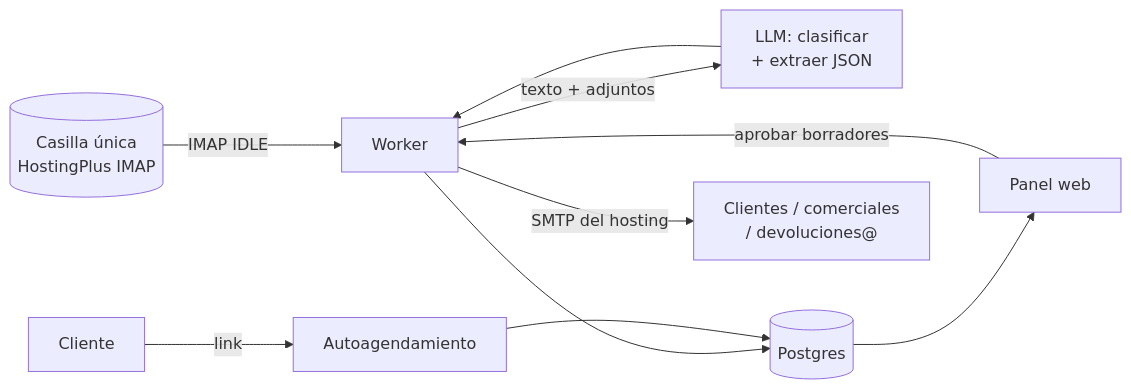
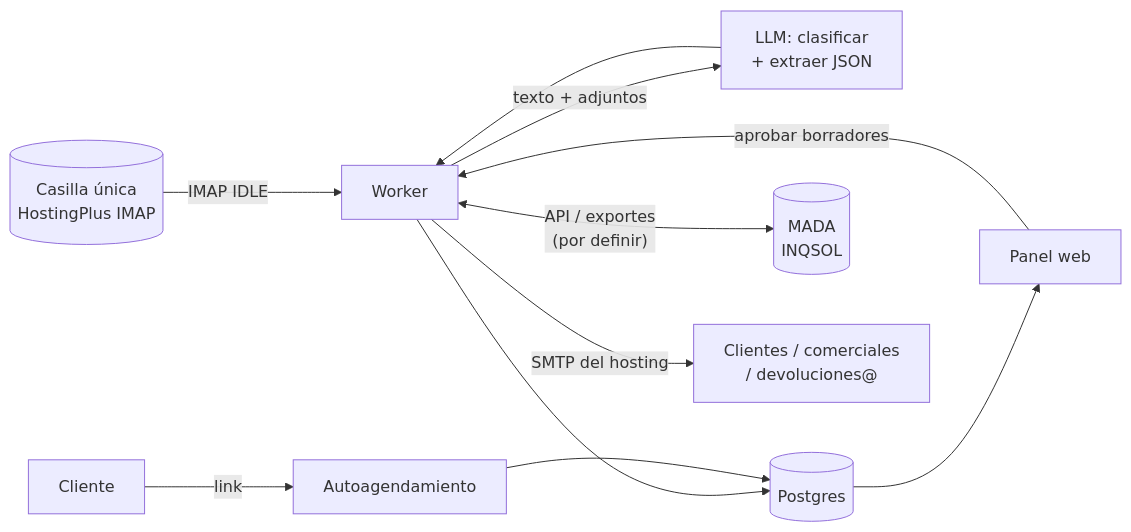
One commit to zhbozzo/alzatec changed the diagram in docs/02-propuesta.md. Above: the diagram before and after it, drawn with Mermaid. The commit also changed other lines of this file and 4 other files, not shown here.

First line of the commit message:
Reorienta la propuesta: MADA (INQSOL) es el sistema de gestión

````diff
--- a/docs/02-propuesta.md
+++ b/docs/02-propuesta.md
@@ -60,11 +64,12 @@
 ```mermaid
 flowchart LR
   M[("Casilla única<br/>HostingPlus IMAP")] -->|IMAP IDLE| W[Worker]
   W -->|texto + adjuntos| IA["LLM: clasificar<br/>+ extraer JSON"]
   IA --> W
   W --> DB[(Postgres)]
+  W <-->|"API / exportes<br/>(por definir)"| MADA[("MADA<br/>INQSOL")]
   W -->|SMTP del hosting| OUT["Clientes / comerciales<br/>/ devoluciones@"]
   DB --> P[Panel web]
   P -->|aprobar borradores| W
   CL[Cliente] -->|link| AG[Autoagendamiento] --> DB
 ```
````
